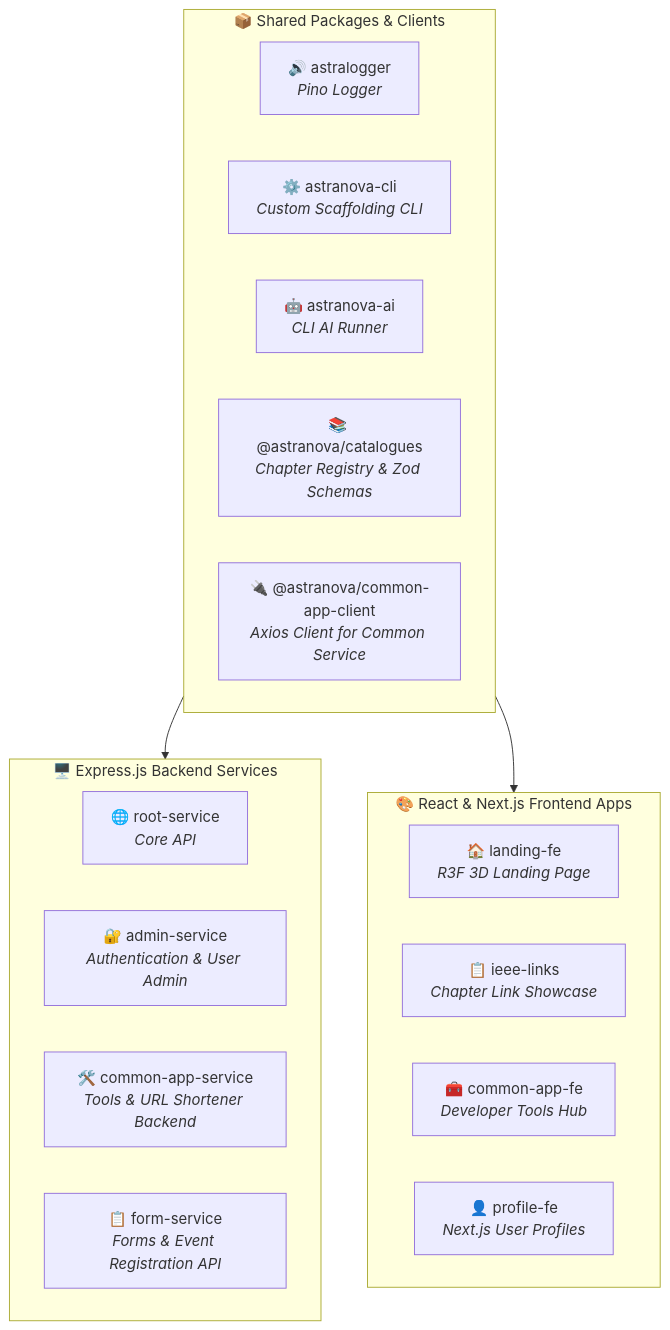
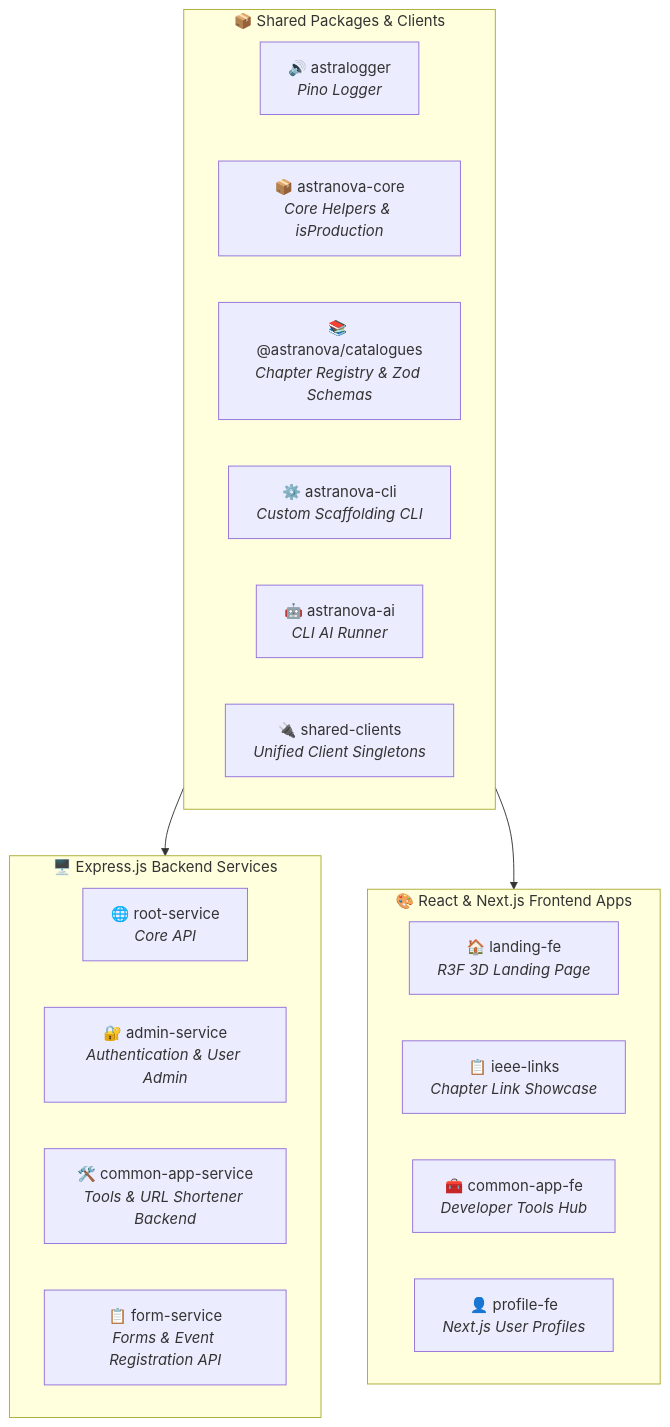
The diagram in AGENTS.md (IEEE-Ritb-Website/ieee-ritb-suite), drawn with Mermaid before and after one commit. The commit also changed other lines of this file and 69 other files, not shown here.

Commit message:
feat: created shared-clients package and updated the cli scripts to handle proper project creation with some abstraction (#60)

````diff
--- a/AGENTS.md
+++ b/AGENTS.md
@@ -64,27 +64,28 @@
 ```mermaid
 graph TB
     subgraph Packages["📦 Shared Packages & Clients"]
         AL["🔊 astralogger<br/><i>Pino Logger</i>"]
+        CORE["📦 astranova-core<br/><i>Core Helpers & isProduction</i>"]
+        CAT["📚 @astranova/catalogues<br/><i>Chapter Registry & Zod Schemas</i>"]
         CLI["⚙️ astranova-cli<br/><i>Custom Scaffolding CLI</i>"]
         AI["🤖 astranova-ai<br/><i>CLI AI Runner</i>"]
-        CAT["📚 @astranova/catalogues<br/><i>Chapter Registry & Zod Schemas</i>"]
-        CAC["🔌 @astranova/common-app-client<br/><i>Axios Client for Common Service</i>"]
+        SC["🔌 shared-clients<br/><i>Unified Client Singletons</i>"]
     end
 
     subgraph Backend["🖥️ Express.js Backend Services"]
         ROOT["🌐 root-service<br/><i>Core API</i>"]
         ADMIN["🔐 admin-service<br/><i>Authentication & User Admin</i>"]
         COMMON["🛠️ common-app-service<br/><i>Tools & URL Shortener Backend</i>"]
         FORM["📋 form-service<br/><i>Forms & Event Registration API</i>"]
     end
 
     subgraph Frontend["🎨 React & Next.js Frontend Apps"]
         LAND["🏠 landing-fe<br/><i>R3F 3D Landing Page</i>"]
         LINKS["📋 ieee-links<br/><i>Chapter Link Showcase</i>"]
         TOOLS["🧰 common-app-fe<br/><i>Developer Tools Hub</i>"]
         PROFILE["👤 profile-fe<br/><i>Next.js User Profiles</i>"]
     end
 
     Packages --> Backend
     Packages --> Frontend
 ```
````
